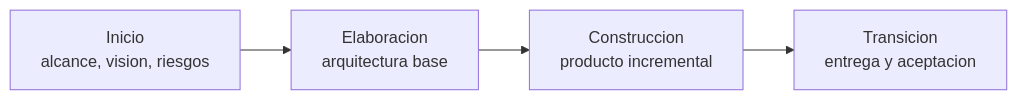
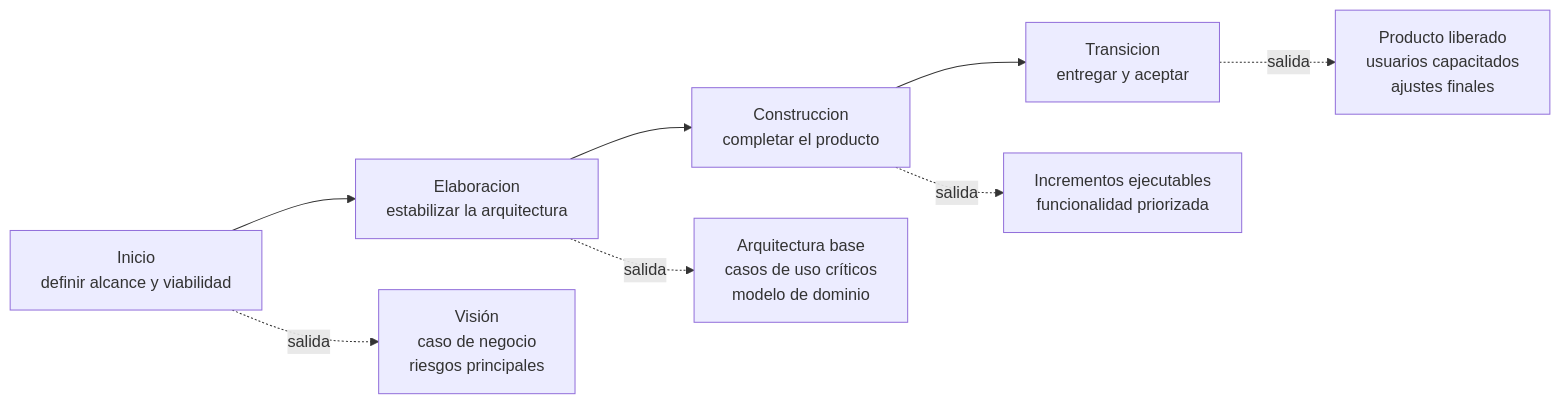
One commit to unlam-informatica/diseno-de-software changed the fourth of 11 diagrams in unidad-2/teoria.md. Above: the diagram before and after it, drawn with Mermaid. The commit also changed other lines of this file and 1 other file, not shown here.

````diff
--- a/unidad-2/teoria.md
+++ b/unidad-2/teoria.md
@@ -179,6 +185,11 @@
 ```mermaid
 flowchart LR
-    I["Inicio<br/>alcance, vision, riesgos"] --> E["Elaboracion<br/>arquitectura base"]
-    E --> C["Construccion<br/>producto incremental"]
-    C --> T["Transicion<br/>entrega y aceptacion"]
+    I["Inicio<br/>definir alcance y viabilidad"] --> E["Elaboracion<br/>estabilizar la arquitectura"]
+    E --> C["Construccion<br/>completar el producto"]
+    C --> T["Transicion<br/>entregar y aceptar"]
+
+    I -. salida .-> I1["Visión<br/>caso de negocio<br/>riesgos principales"]
+    E -. salida .-> E1["Arquitectura base<br/>casos de uso críticos<br/>modelo de dominio"]
+    C -. salida .-> C1["Incrementos ejecutables<br/>funcionalidad priorizada"]
+    T -. salida .-> T1["Producto liberado<br/>usuarios capacitados<br/>ajustes finales"]
 ```
````
